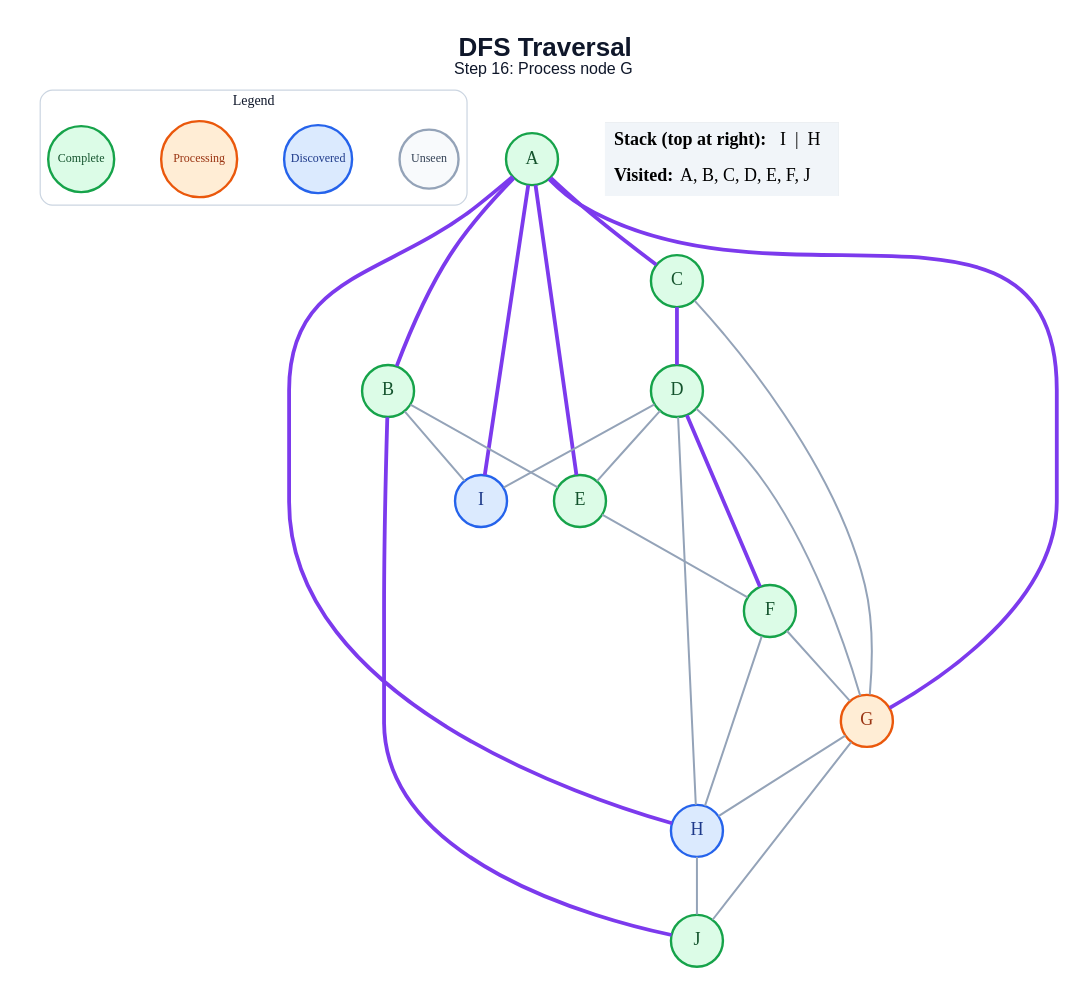
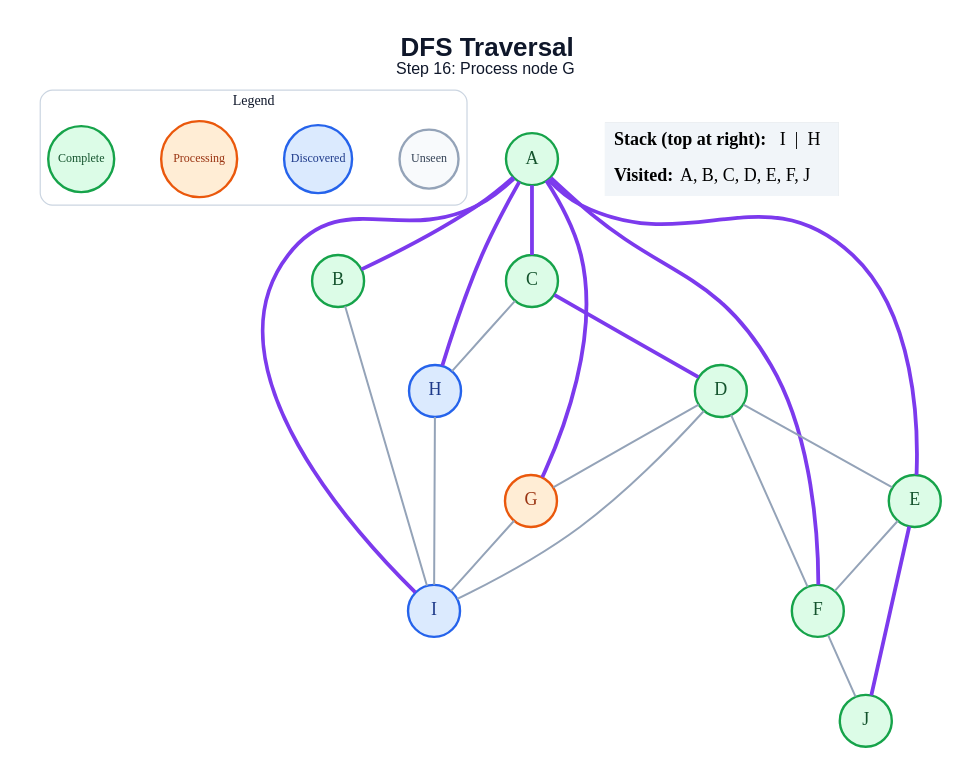
The diagram in generated/dfs/step_16.dot (amanghodawala9/ai-slop), drawn with Graphviz before and after one commit. The commit also changed 178 other files, not shown here.

```diff
--- a/generated/dfs/step_16.dot
+++ b/generated/dfs/step_16.dot
@@ -1,51 +1,48 @@
 graph traversal {
   graph [layout=dot, rankdir=TB, bgcolor="#FFFFFF", pad="0.35", nodesep="0.65", ranksep="0.8", fontname="Arial"];
   node [shape=circle, style="filled", fontname="Arial Bold", fontsize=18, width=0.72, fixedsize=true, penwidth=2.4];
   edge [color="#94A3B8", penwidth=2.0];
   label=<<B>DFS Traversal</B><BR/><FONT POINT-SIZE="16">Step 16: Process node G</FONT>>; labelloc="t"; fontsize=26; fontname="Arial"; fontcolor="#0F172A";
   subgraph cluster_legend { label="Legend"; color="#CBD5E1"; penwidth=1.2; style="rounded"; fontsize=14; fontname="Arial Bold";
     key_unseen [label="Unseen", fillcolor="#F8FAFC", color="#94A3B8", fontcolor="#334155", fontsize=12, width=0.82];
     key_frontier [label="Discovered", fillcolor="#DBEAFE", color="#2563EB", fontcolor="#1E3A8A", fontsize=12, width=0.95];
     key_current [label="Processing", fillcolor="#FFEDD5", color="#EA580C", fontcolor="#9A3412", fontsize=12, width=1.05];
     key_done [label="Complete", fillcolor="#DCFCE7", color="#16A34A", fontcolor="#14532D", fontsize=12, width=0.92];
     { rank=same; key_unseen; key_frontier; key_current; key_done; }
   }
   A [fillcolor="#DCFCE7", color="#16A34A", fontcolor="#14532D"];
   B [fillcolor="#DCFCE7", color="#16A34A", fontcolor="#14532D"];
   C [fillcolor="#DCFCE7", color="#16A34A", fontcolor="#14532D"];
   D [fillcolor="#DCFCE7", color="#16A34A", fontcolor="#14532D"];
   E [fillcolor="#DCFCE7", color="#16A34A", fontcolor="#14532D"];
   F [fillcolor="#DCFCE7", color="#16A34A", fontcolor="#14532D"];
   G [fillcolor="#FFEDD5", color="#EA580C", fontcolor="#9A3412"];
   H [fillcolor="#DBEAFE", color="#2563EB", fontcolor="#1E3A8A"];
   I [fillcolor="#DBEAFE", color="#2563EB", fontcolor="#1E3A8A"];
   J [fillcolor="#DCFCE7", color="#16A34A", fontcolor="#14532D"];
   A -- B [color="#7C3AED", penwidth=3.8];
   A -- C [color="#7C3AED", penwidth=3.8];
   A -- E [color="#7C3AED", penwidth=3.8];
+  A -- F [color="#7C3AED", penwidth=3.8];
   A -- G [color="#7C3AED", penwidth=3.8];
   A -- H [color="#7C3AED", penwidth=3.8];
   A -- I [color="#7C3AED", penwidth=3.8];
-  B -- E;
   B -- I;
-  B -- J [color="#7C3AED", penwidth=3.8];
   C -- D [color="#7C3AED", penwidth=3.8];
-  C -- G;
+  C -- H;
   D -- E;
-  D -- F [color="#7C3AED", penwidth=3.8];
+  D -- F;
   D -- G;
-  D -- H;
   D -- I;
   E -- F;
-  F -- G;
-  F -- H;
-  G -- H;
-  G -- J;
-  H -- J;
+  E -- J [color="#7C3AED", penwidth=3.8];
+  F -- J;
+  G -- I;
+  H -- I;
   status [shape=plain, fixedsize=false, width=0, height=0, margin=0, label=<
     <TABLE BORDER="0" CELLBORDER="0" CELLPADDING="7" BGCOLOR="#F1F5F9">
       <TR><TD ALIGN="LEFT"><B>Stack (top at right):</B> I  |  H</TD></TR>
       <TR><TD ALIGN="LEFT"><B>Visited:</B> A, B, C, D, E, F, J</TD></TR>
     </TABLE>
   >];
 }
```
